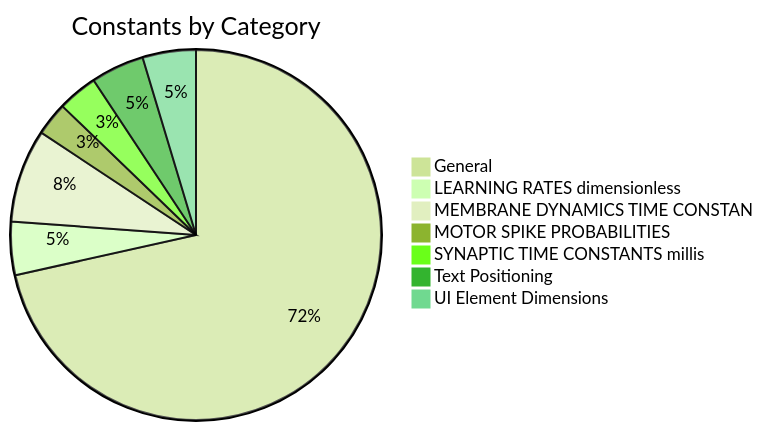
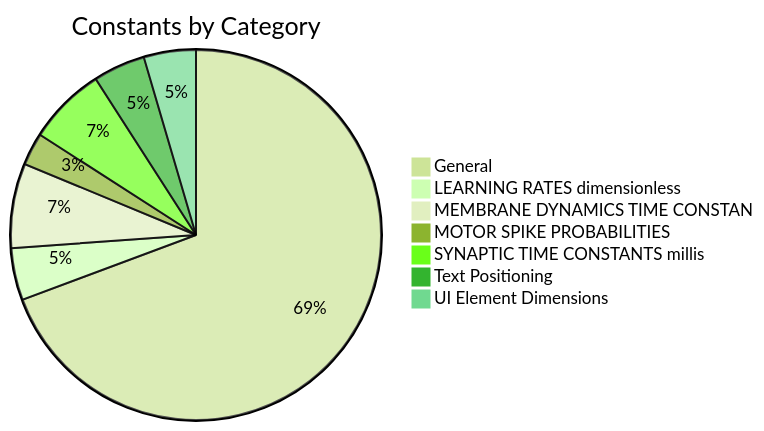
One commit to kevin-heitfeld/thalia changed the diagram in docs/api/CONSTANTS_REFERENCE.md. Above: the diagram before and after it, drawn with Mermaid (forest theme). The commit also changed other lines of this file and 21 other files, not shown here.

````diff
--- a/docs/api/CONSTANTS_REFERENCE.md
+++ b/docs/api/CONSTANTS_REFERENCE.md
@@ -15,10 +15,10 @@
 ```mermaid
 pie title Constants by Category
-    "General" : 123
+    "General" : 122
     "LEARNING RATES dimensionless" : 8
-    "MEMBRANE DYNAMICS TIME CONSTAN" : 14
+    "MEMBRANE DYNAMICS TIME CONSTAN" : 13
     "MOTOR SPIKE PROBABILITIES" : 5
-    "SYNAPTIC TIME CONSTANTS millis" : 6
+    "SYNAPTIC TIME CONSTANTS millis" : 12
     "Text Positioning" : 8
     "UI Element Dimensions" : 8
 ```
````
